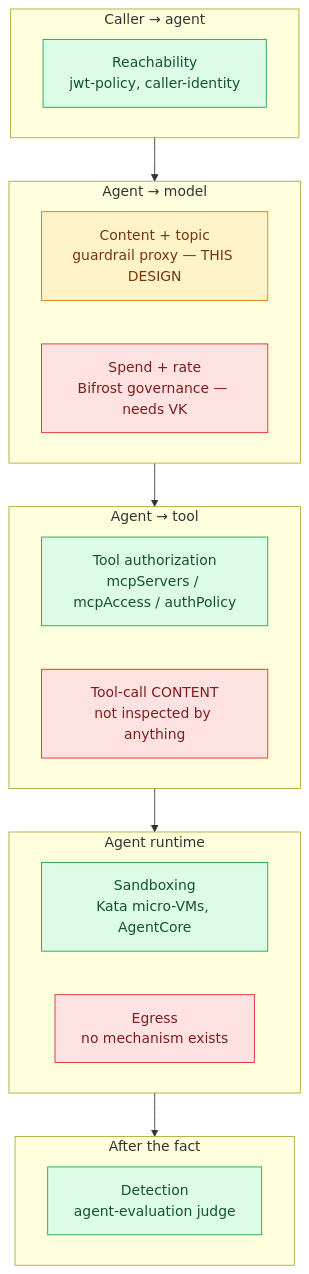
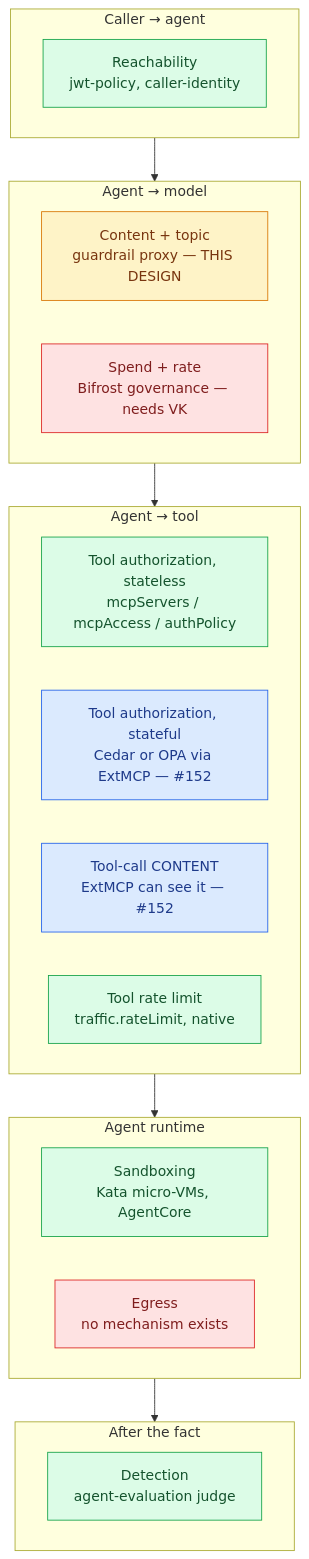
The third of 3 diagrams in docs/architecture/agent-guardrails.md (awslabs/open-agentic-platform), drawn with Mermaid before and after one commit. The commit also changed other lines of this file, not shown here.

Commit message:
docs(architecture): correct the concern map — tool-call content and rate have mechanisms

````diff
--- a/docs/architecture/agent-guardrails.md
+++ b/docs/architecture/agent-guardrails.md
@@ -1122,27 +1123,30 @@
 ```mermaid
 flowchart TB
     classDef have fill:#dcfce7,stroke:#16a34a,color:#14532d
     classDef new fill:#fef3c7,stroke:#d97706,color:#78350f
+    classDef other fill:#dbeafe,stroke:#2563eb,color:#1e3a8a
     classDef gapn fill:#fee2e2,stroke:#dc2626,color:#7f1d1d
 
     subgraph CALLER["Caller → agent"]
         R["Reachability<br/>jwt-policy, caller-identity"]:::have
     end
     subgraph MODEL["Agent → model"]
         C["Content + topic<br/>guardrail proxy — THIS DESIGN"]:::new
         S["Spend + rate<br/>Bifrost governance — needs VK"]:::gapn
     end
     subgraph TOOL["Agent → tool"]
-        T["Tool authorization<br/>mcpServers / mcpAccess / authPolicy"]:::have
-        TC["Tool-call CONTENT<br/>not inspected by anything"]:::gapn
+        T["Tool authorization, stateless<br/>mcpServers / mcpAccess / authPolicy"]:::have
+        TP["Tool authorization, stateful<br/>Cedar or OPA via ExtMCP — #152"]:::other
+        TC["Tool-call CONTENT<br/>ExtMCP can see it — #152"]:::other
+        TR["Tool rate limit<br/>traffic.rateLimit, native"]:::have
     end
     subgraph RUNTIME["Agent runtime"]
         SB["Sandboxing<br/>Kata micro-VMs, AgentCore"]:::have
         E["Egress<br/>no mechanism exists"]:::gapn
     end
     subgraph AFTER["After the fact"]
         D["Detection<br/>agent-evaluation judge"]:::have
     end
 
     CALLER --> MODEL --> TOOL --> RUNTIME --> AFTER
 ```
````
